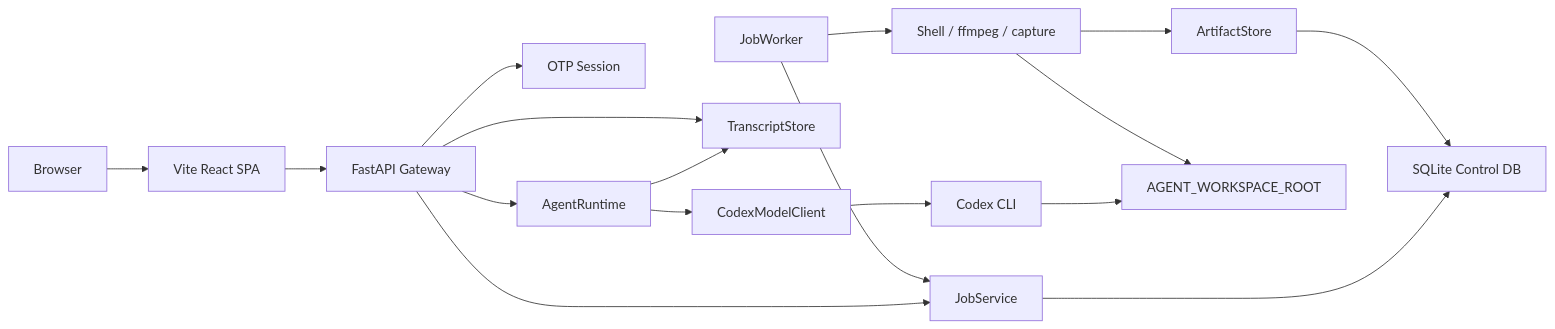
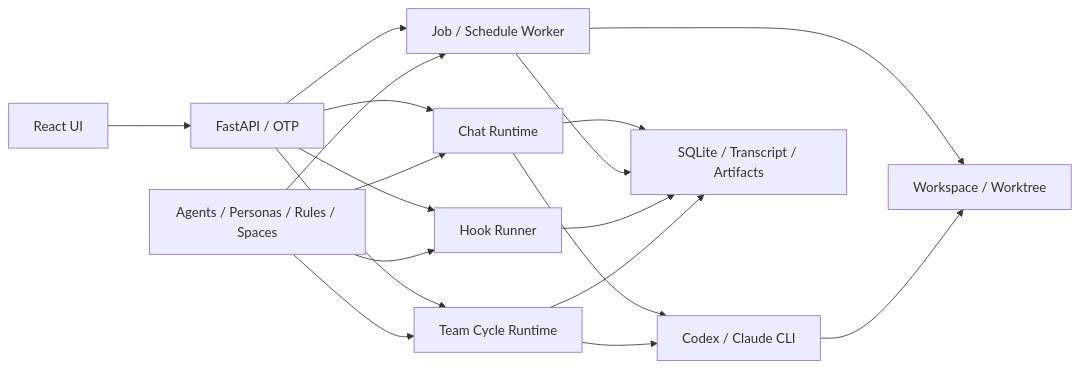
One commit to LeeLeeLeeee/personal-agent-gateway changed the diagram in README.md. Above: the diagram before and after it, drawn with Mermaid. The commit also changed other lines of this file and 4 other files, not shown here.

````diff
--- a/README.md
+++ b/README.md
@@ -94,34 +33,20 @@
 ```mermaid
 flowchart LR
-    Browser[Browser]
-    React[Vite React SPA]
-    Gateway[FastAPI Gateway]
-    Auth[OTP Session]
-    Runtime[AgentRuntime]
-    Provider[CodexModelClient]
-    Codex[Codex CLI]
-    Transcript[TranscriptStore]
-    DB[SQLite Control DB]
-    Jobs[JobService]
-    Worker[JobWorker]
-    Runners[Shell / ffmpeg / capture]
-    Artifacts[ArtifactStore]
-    Workspace[AGENT_WORKSPACE_ROOT]
-
-    Browser --> React
-    React --> Gateway
-    Gateway --> Auth
-    Gateway --> Runtime
-    Runtime --> Provider
-    Provider --> Codex
-    Codex --> Workspace
-    Runtime --> Transcript
-    Gateway --> Transcript
-    Gateway --> Jobs
-    Jobs --> DB
-    Worker --> Jobs
-    Worker --> Runners
-    Runners --> Workspace
-    Runners --> Artifacts
-    Artifacts --> DB
+    UI[React UI] --> API[FastAPI / OTP]
+    API --> Chat[Chat Runtime]
+    API --> Jobs[Job / Schedule Worker]
+    API --> Hooks[Hook Runner]
+    API --> Team[Team Cycle Runtime]
+    Policy[Agents / Personas / Rules / Spaces] --> Chat
+    Policy --> Jobs
+    Policy --> Hooks
+    Policy --> Team
+    Chat --> CLI[Codex / Claude CLI]
+    Team --> CLI
+    Jobs --> WS[Workspace / Worktree]
+    CLI --> WS
+    Chat --> State[SQLite / Transcript / Artifacts]
+    Jobs --> State
+    Hooks --> State
+    Team --> State
 ```
````
